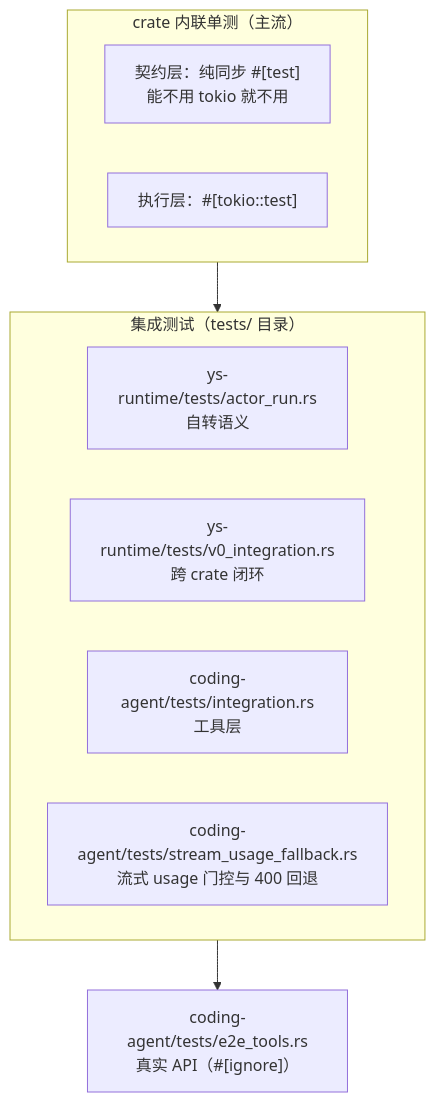
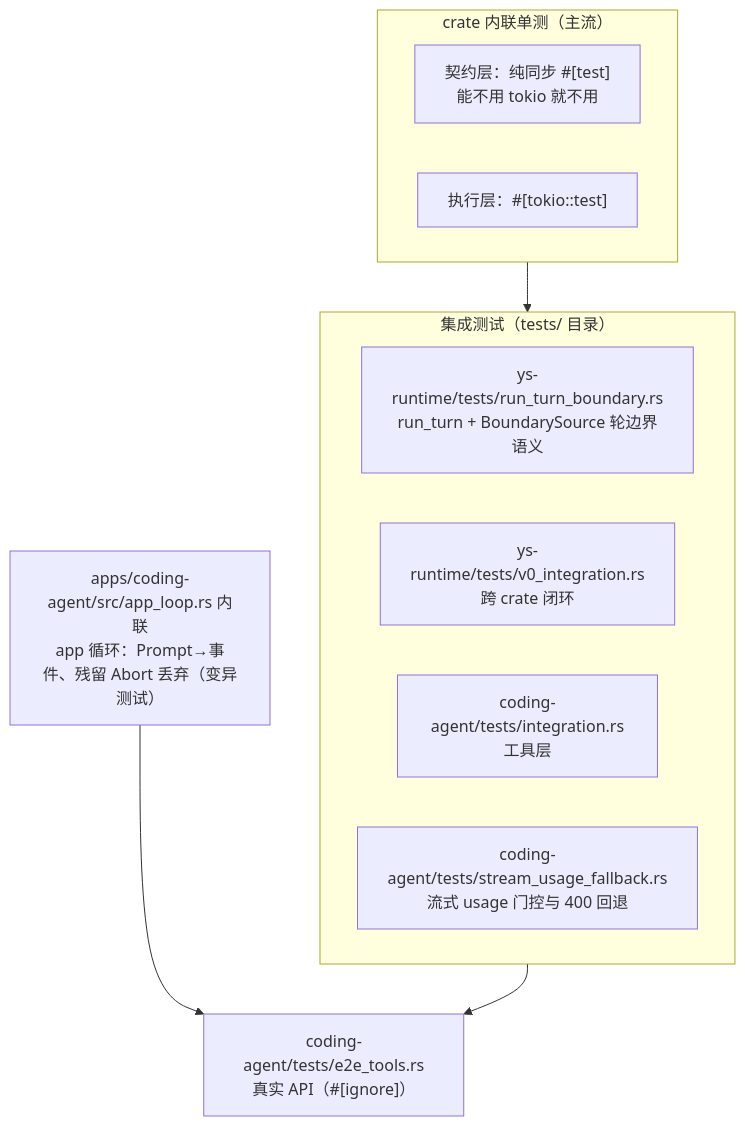
Diagram 15 of 15 in docs/architecture.md (zsdfbb/YuShan), drawn with Mermaid before and after one commit. The commit also changed other lines of this file and 83 other files, not shown here.

````diff
--- a/docs/architecture.md
+++ b/docs/architecture.md
@@ -501,18 +691,20 @@
 ```mermaid
 flowchart TB
     subgraph UNIT["crate 内联单测（主流）"]
         U1["契约层：纯同步 #[test]<br/>能不用 tokio 就不用"]
         U2["执行层：#[tokio::test]"]
     end
 
     subgraph INTEG["集成测试（tests/ 目录）"]
-        I1["ys-runtime/tests/actor_run.rs<br/>自转语义"]
+        I1["ys-runtime/tests/run_turn_boundary.rs<br/>run_turn + BoundarySource 轮边界语义"]
         I2["ys-runtime/tests/v0_integration.rs<br/>跨 crate 闭环"]
         I3["coding-agent/tests/integration.rs<br/>工具层"]
         I4["coding-agent/tests/stream_usage_fallback.rs<br/>流式 usage 门控与 400 回退"]
     end
 
+    APP["apps/coding-agent/src/app_loop.rs 内联<br/>app 循环：Prompt→事件、残留 Abort 丢弃（变异测试）"]
     E2E["coding-agent/tests/e2e_tools.rs<br/>真实 API（#[ignore]）"]
 
     UNIT --> INTEG --> E2E
+    APP --> E2E
 ```
````
